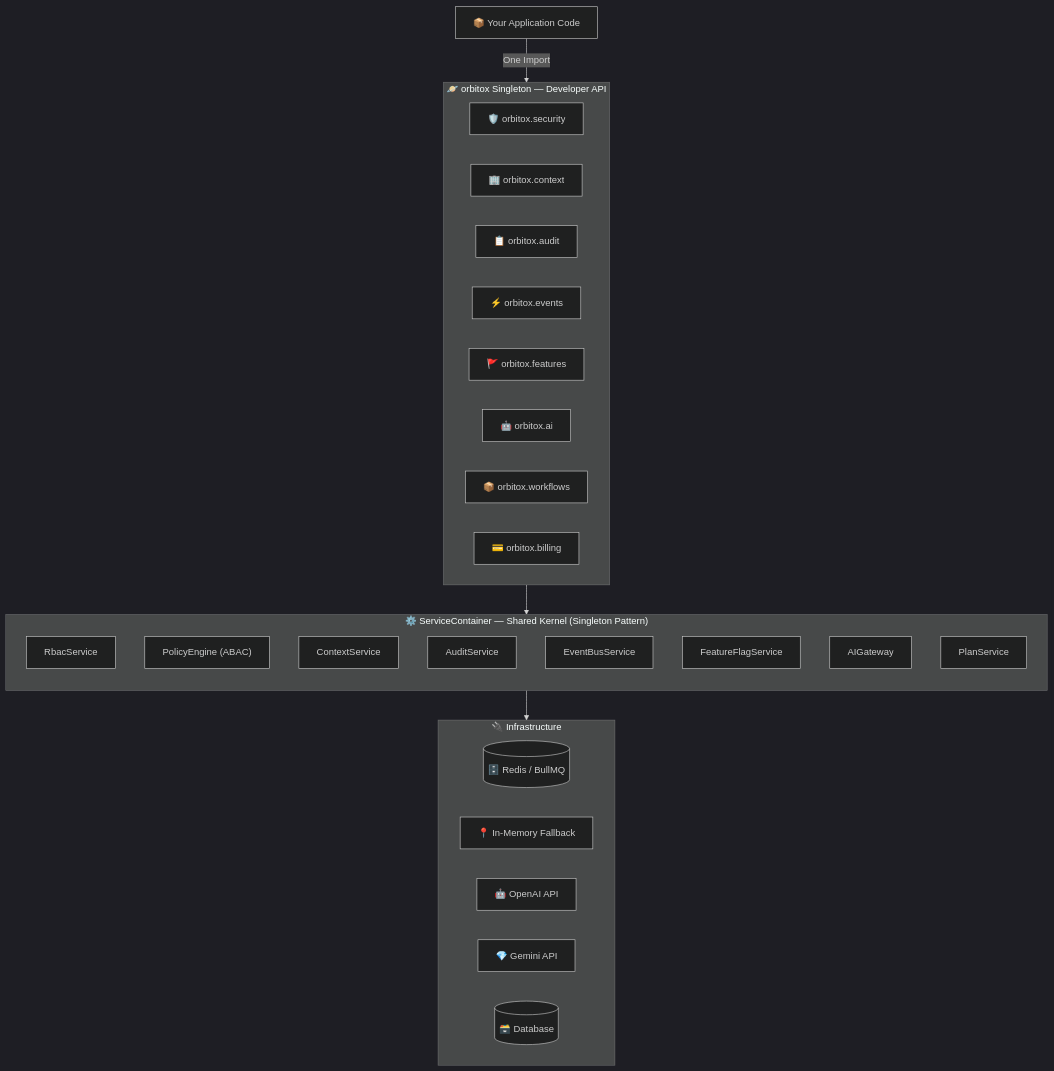
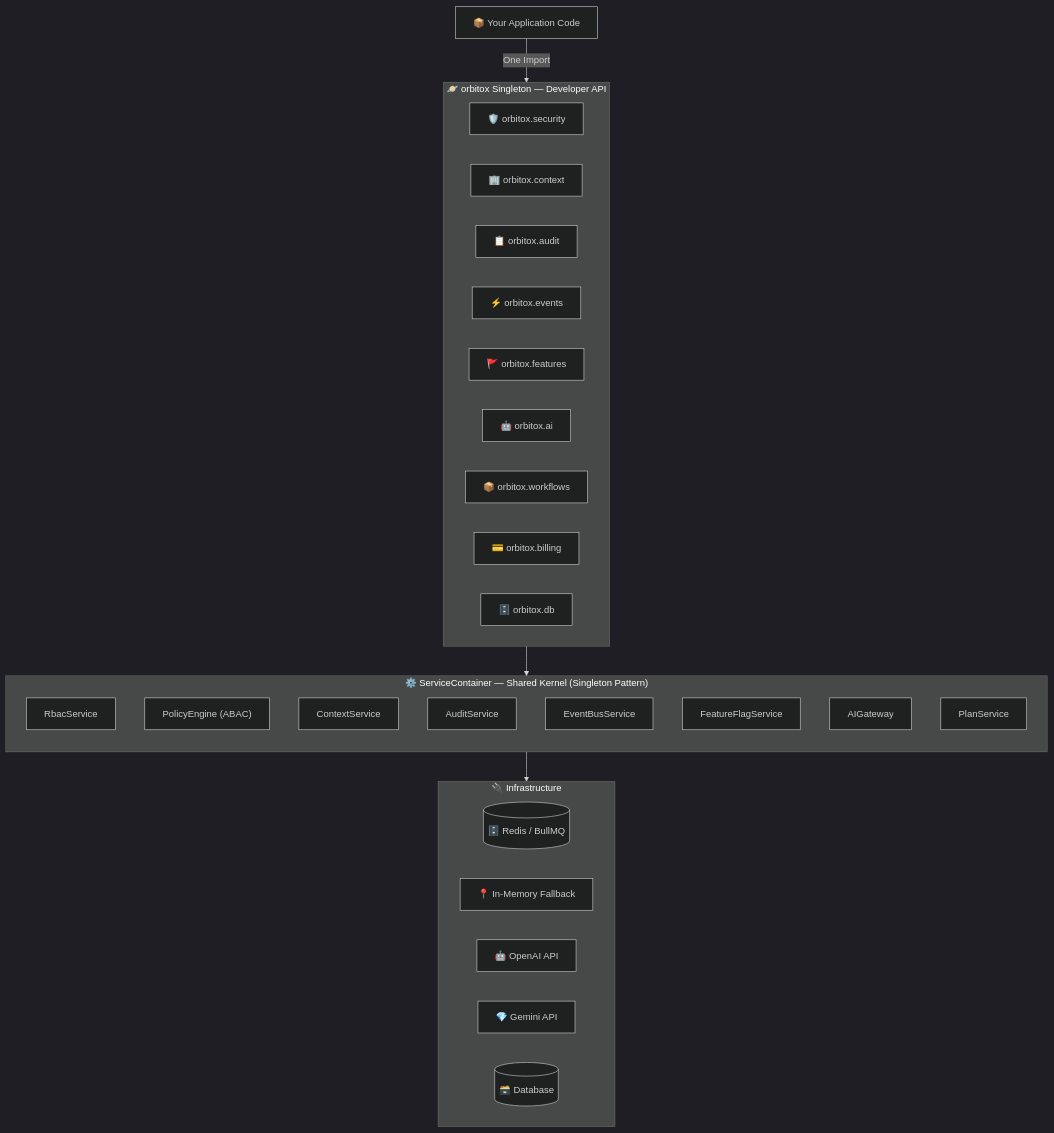
Before and after one commit to Nikhil-ig/OrbitoX-Platform: the first of 3 diagrams in docs/02_ARCHITECTURE.md, drawn with Mermaid (dark theme). The commit also changed other lines of this file and 301 other files, not shown here.

````diff
--- a/docs/02_ARCHITECTURE.md
+++ b/docs/02_ARCHITECTURE.md
@@ -9,39 +9,40 @@
 ```mermaid
 graph TB
     YourCode["📦 Your Application Code"] -->|One Import| Singleton
 
     subgraph Singleton ["🪐 orbitox Singleton — Developer API"]
         direction LR
         SecF["🛡️ orbitox.security"]
         CtxF["🏢 orbitox.context"]
         AudF["📋 orbitox.audit"]
         EvtF["⚡ orbitox.events"]
         FeaF["🚩 orbitox.features"]
         AIF["🤖 orbitox.ai"]
         WkfF["📦 orbitox.workflows"]
         BilF["💳 orbitox.billing"]
+        DbF["🗄️ orbitox.db"]
     end
 
     subgraph SC ["⚙️ ServiceContainer — Shared Kernel (Singleton Pattern)"]
         direction TB
         RbacSvc["RbacService"]
         PolicyEng["PolicyEngine (ABAC)"]
         CtxSvc["ContextService"]
         AuditSvc["AuditService"]
         EvtBus["EventBusService"]
         FlagSvc["FeatureFlagService"]
         AIGw["AIGateway"]
         PlanSvc["PlanService"]
     end
 
     subgraph Infra ["🔌 Infrastructure"]
         Redis[("🗄️ Redis / BullMQ")]
         InMem["📍 In-Memory Fallback"]
         OpenAI["🤖 OpenAI API"]
         Gemini["💎 Gemini API"]
         DB[("🗃️ Database")]
     end
 
     Singleton --> SC
     SC --> Infra
 ```
````
